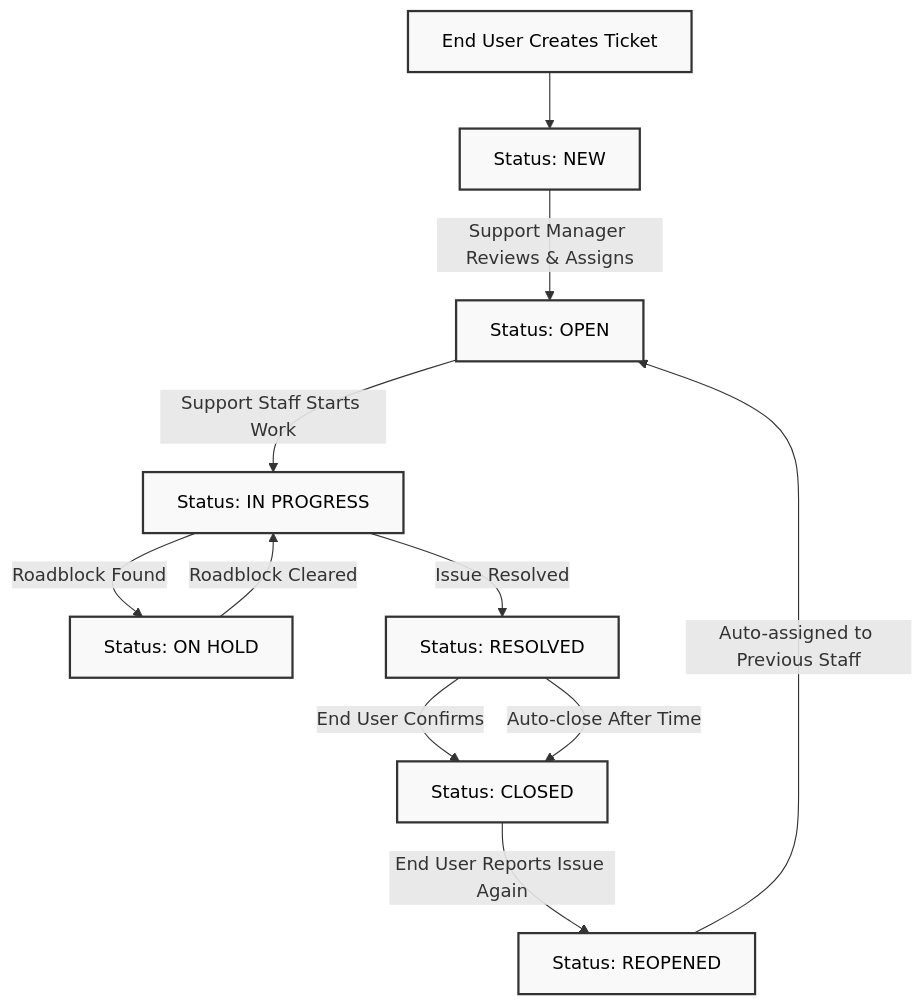
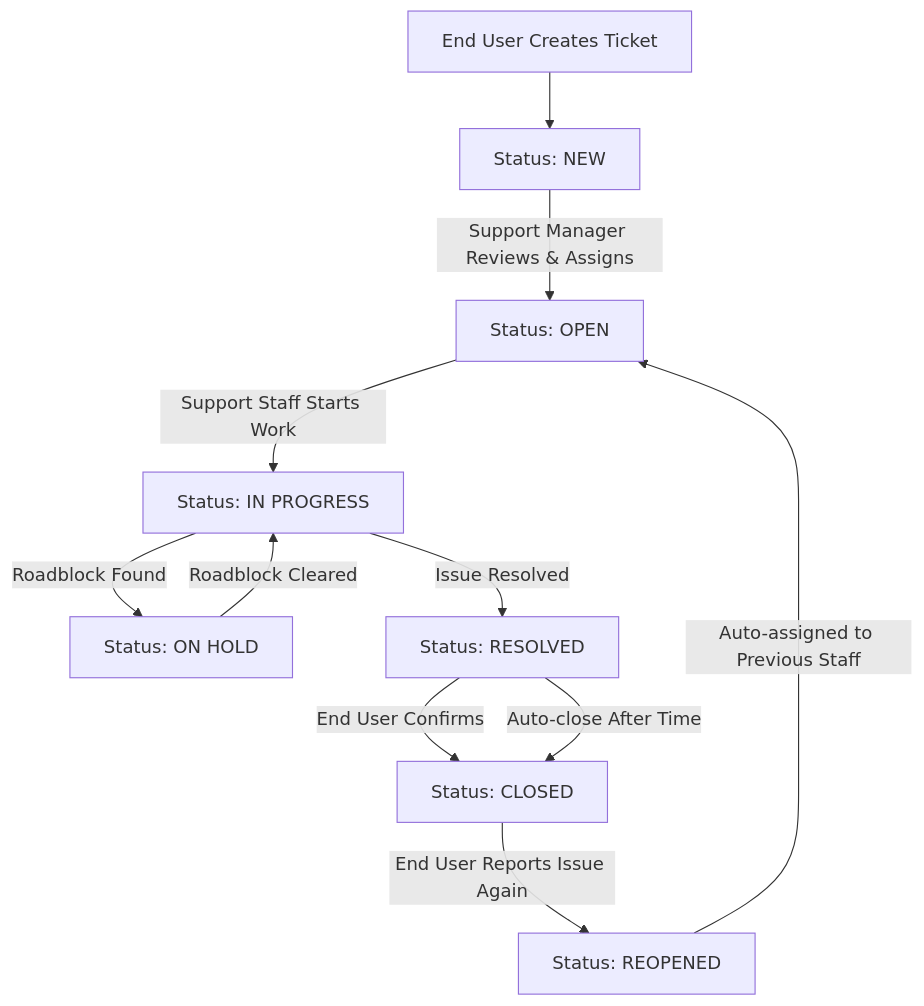
Before and after one commit to salmanb74-dev/ntg-ticket: the third of 3 diagrams in NTG-Ticket-User Guide.md, drawn with Mermaid. The commit also changed other lines of this file, not shown here.

Commit message:
Update NTG-Ticket-User Guide.md

````diff
--- a/NTG-Ticket-User Guide.md
+++ b/NTG-Ticket-User Guide.md
@@ -119,29 +119,21 @@
 ```mermaid
 flowchart TD
     Start[End User Creates Ticket] --> New[Status: NEW]
     
     New -->|Support Manager Reviews & Assigns| Open[Status: OPEN]
     
     Open -->|Support Staff Starts Work| InProgress[Status: IN PROGRESS]
     
     InProgress -->|Roadblock Found| OnHold[Status: ON HOLD]
     InProgress -->|Issue Resolved| Resolved[Status: RESOLVED]
     
     OnHold -->|Roadblock Cleared| InProgress
     
     Resolved -->|End User Confirms| Closed[Status: CLOSED]
     Resolved -->|Auto-close After Time| Closed
     
     Closed -->|End User Reports Issue Again| Reopened[Status: REOPENED]
     
     Reopened -->|Auto-assigned to Previous Staff| Open
     
-    style Start fill:#f9f9f9,stroke:#333,stroke-width:2px,color:#000
-    style New fill:#f9f9f9,stroke:#333,stroke-width:2px,color:#000
-    style Open fill:#f9f9f9,stroke:#333,stroke-width:2px,color:#000
-    style InProgress fill:#f9f9f9,stroke:#333,stroke-width:2px,color:#000
-    style OnHold fill:#f9f9f9,stroke:#333,stroke-width:2px,color:#000
-    style Resolved fill:#f9f9f9,stroke:#333,stroke-width:2px,color:#000
-    style Closed fill:#f9f9f9,stroke:#333,stroke-width:2px,color:#000
-    style Reopened fill:#f9f9f9,stroke:#333,stroke-width:2px,color:#000
 ```
````
